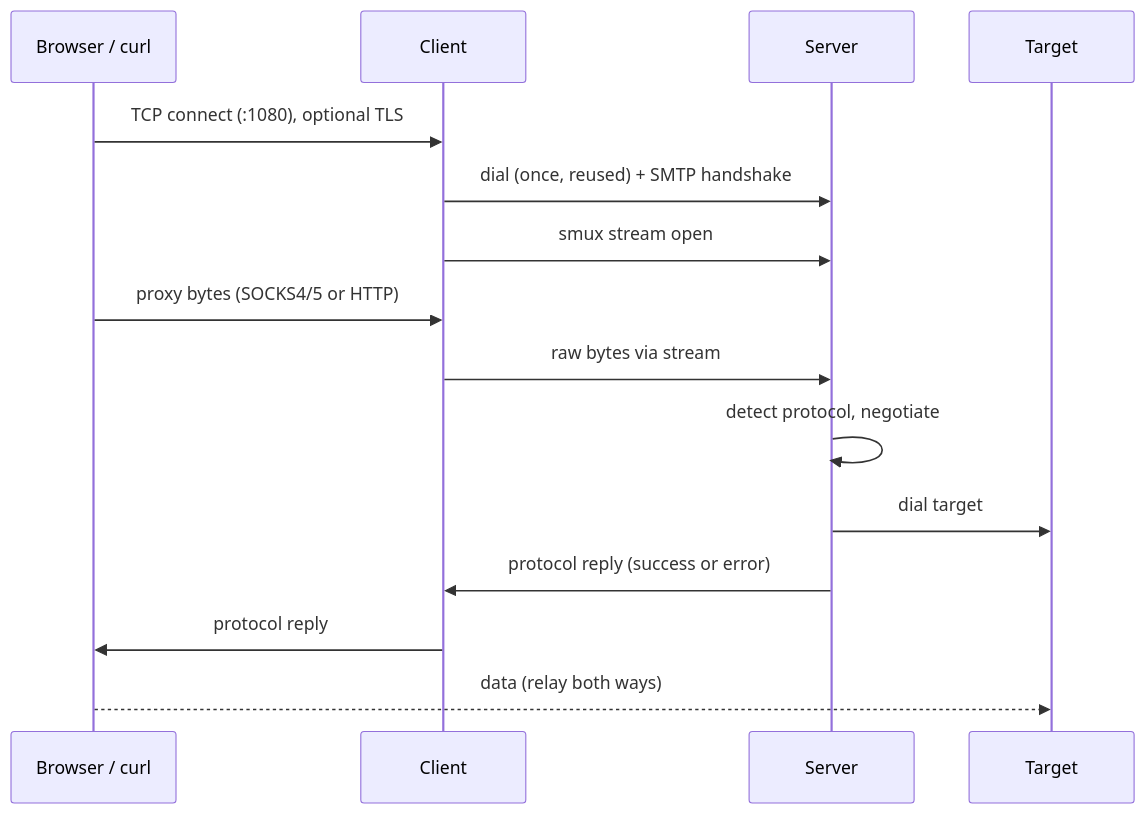
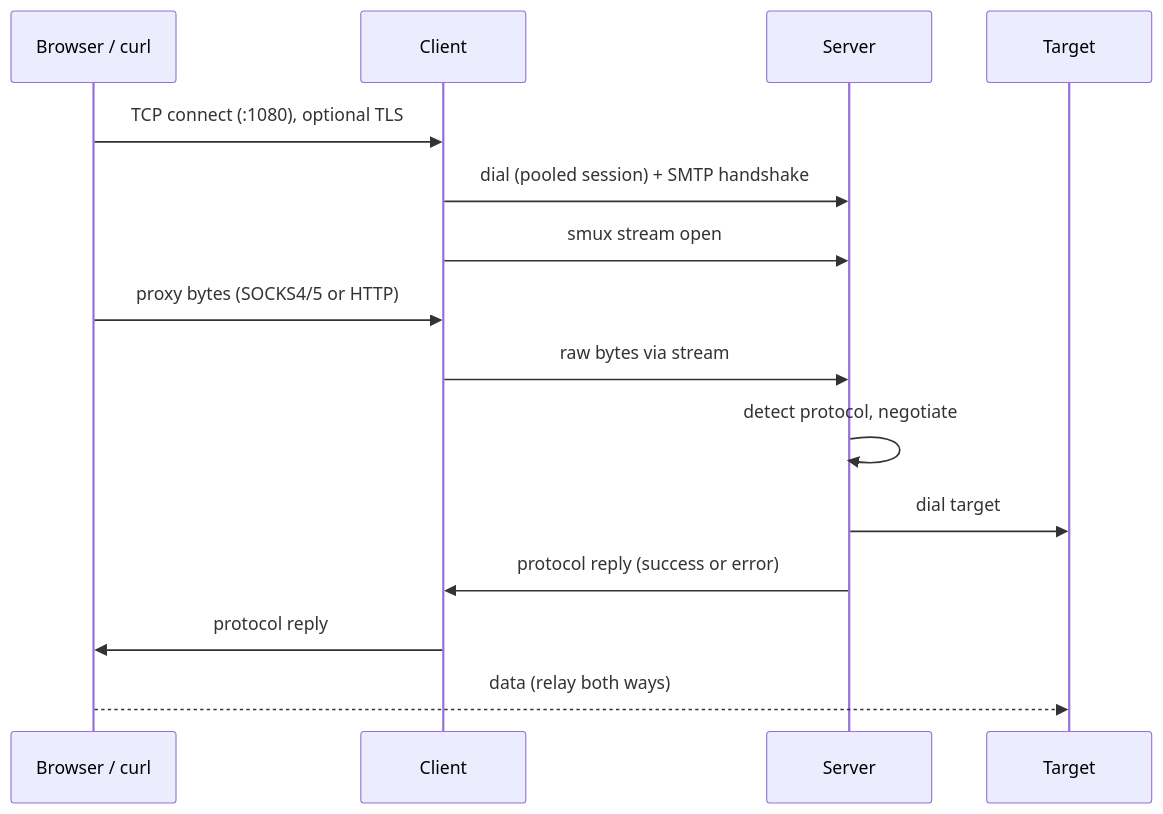
Before and after one commit to dimaskiddo/proxy-over-smtp: the second of 2 diagrams in docs/ARCHITECTURE.md, drawn with Mermaid. The commit also changed other lines of this file and 35 other files, not shown here.

````diff
--- a/docs/ARCHITECTURE.md
+++ b/docs/ARCHITECTURE.md
@@ -56,18 +56,18 @@
 ```mermaid
 sequenceDiagram
     participant App as Browser / curl
     participant C as Client
     participant S as Server
     participant T as Target
 
     App->>C: TCP connect (:1080), optional TLS
-    C->>S: dial (once, reused) + SMTP handshake
+    C->>S: dial (pooled session) + SMTP handshake
     C->>S: smux stream open
     App->>C: proxy bytes (SOCKS4/5 or HTTP)
     C->>S: raw bytes via stream
     S->>S: detect protocol, negotiate
     S->>T: dial target
     S->>C: protocol reply (success or error)
     C->>App: protocol reply
     App-->>T: data (relay both ways)
 ```
````
